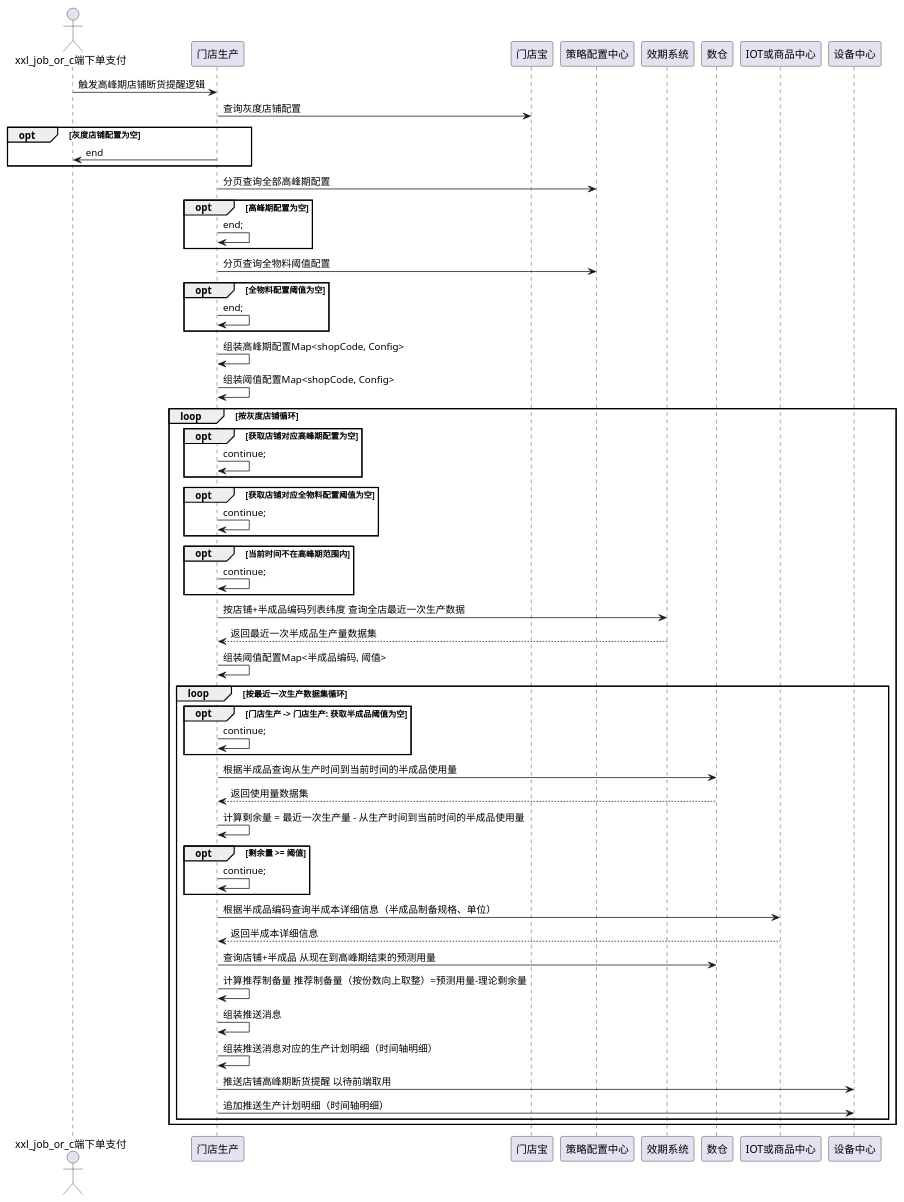
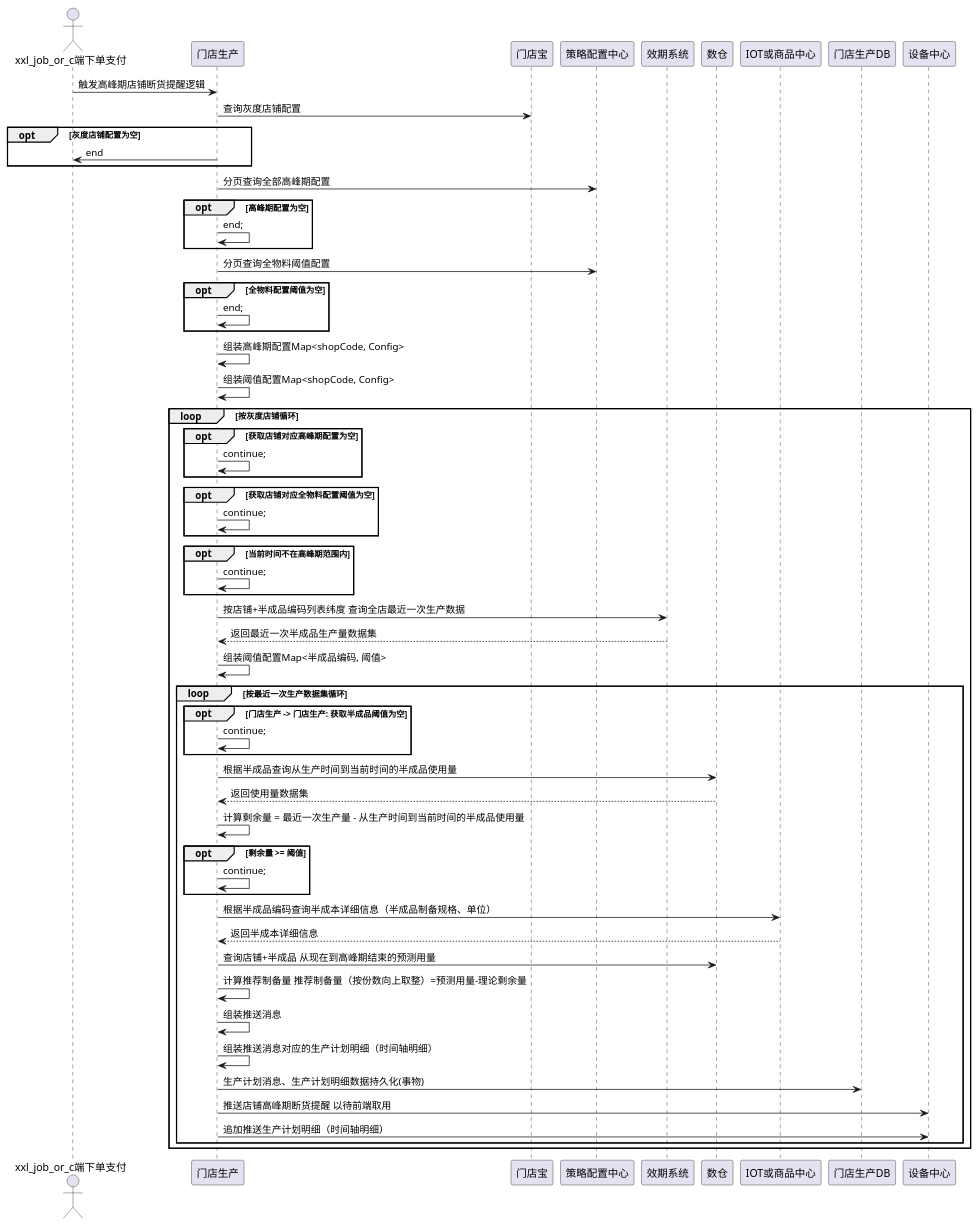
The diagram in src/main/resources/uml/高峰期断货提醒.puml (Thothma/SkyGarden), drawn with PlantUML before and after one commit. The commit also changed 1 other file, not shown here.

```diff
--- a/src/main/resources/uml/高峰期断货提醒.puml
+++ b/src/main/resources/uml/高峰期断货提醒.puml
@@ -1,53 +1,54 @@
 @startuml
 'https://plantuml.com/sequence-diagram
 
 actor xxl_job_or_c端下单支付
 xxl_job_or_c端下单支付 -> 门店生产: 触发高峰期店铺断货提醒逻辑
 门店生产 -> 门店宝: 查询灰度店铺配置
 opt 灰度店铺配置为空
 门店生产 -> xxl_job_or_c端下单支付: end
 end
 门店生产 -> 策略配置中心: 分页查询全部高峰期配置
 opt 高峰期配置为空
     门店生产 -> 门店生产: end;
 end
 门店生产 -> 策略配置中心: 分页查询全物料阈值配置
 opt 全物料配置阈值为空
     门店生产 -> 门店生产: end;
 end
 门店生产 -> 门店生产: 组装高峰期配置Map<shopCode, Config>
 门店生产 -> 门店生产: 组装阈值配置Map<shopCode, Config>
 loop 按灰度店铺循环
     opt 获取店铺对应高峰期配置为空
     门店生产 -> 门店生产: continue;
     end
     opt 获取店铺对应全物料配置阈值为空
       门店生产 -> 门店生产: continue;
     end
     opt 当前时间不在高峰期范围内
     门店生产 -> 门店生产: continue;
     end
     门店生产 -> 效期系统: 按店铺+半成品编码列表纬度 查询全店最近一次生产数据
     效期系统 --> 门店生产: 返回最近一次半成品生产量数据集
     门店生产 -> 门店生产: 组装阈值配置Map<半成品编码, 阈值>
         loop 按最近一次生产数据集循环
         opt 门店生产 -> 门店生产: 获取半成品阈值为空
         门店生产 -> 门店生产: continue;
         end
         门店生产 -> 数仓: 根据半成品查询从生产时间到当前时间的半成品使用量
         数仓 --> 门店生产: 返回使用量数据集
         门店生产 -> 门店生产: 计算剩余量 = 最近一次生产量 - 从生产时间到当前时间的半成品使用量
         opt 剩余量 >= 阈值
         门店生产 -> 门店生产: continue;
         end
 		门店生产 -> IOT或商品中心: 根据半成品编码查询半成本详细信息（半成品制备规格、单位）
 		IOT或商品中心 --> 门店生产: 返回半成本详细信息
 		门店生产 -> 数仓: 查询店铺+半成品 从现在到高峰期结束的预测用量
         门店生产 -> 门店生产: 计算推荐制备量 推荐制备量（按份数向上取整）=预测用量-理论剩余量
-				门店生产 -> 门店生产: 组装推送消息
-				门店生产 -> 门店生产: 组装推送消息对应的生产计划明细（时间轴明细）
+		门店生产 -> 门店生产: 组装推送消息
+		门店生产 -> 门店生产: 组装推送消息对应的生产计划明细（时间轴明细）
+		门店生产 -> 门店生产DB: 生产计划消息、生产计划明细数据持久化(事物)
         门店生产 -> 设备中心: 推送店铺高峰期断货提醒 以待前端取用
 		门店生产 -> 设备中心: 追加推送生产计划明细（时间轴明细）
         end
 end
 @enduml
```
